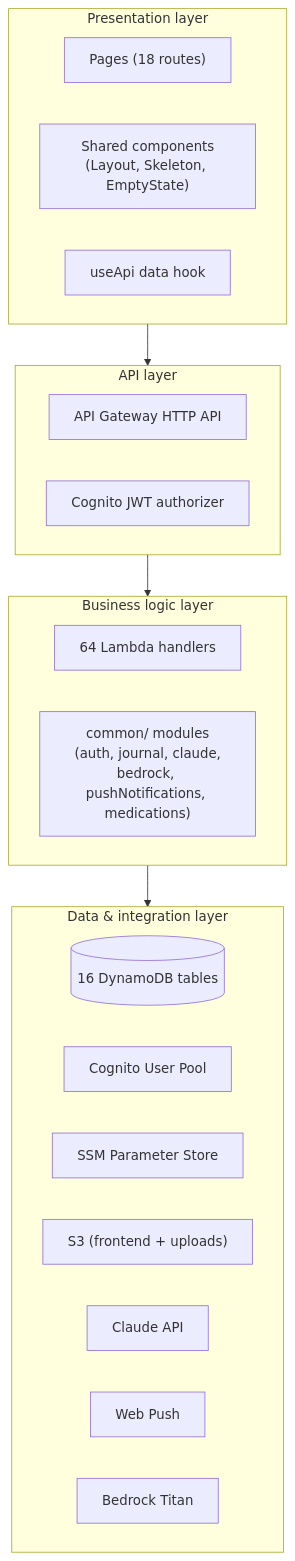
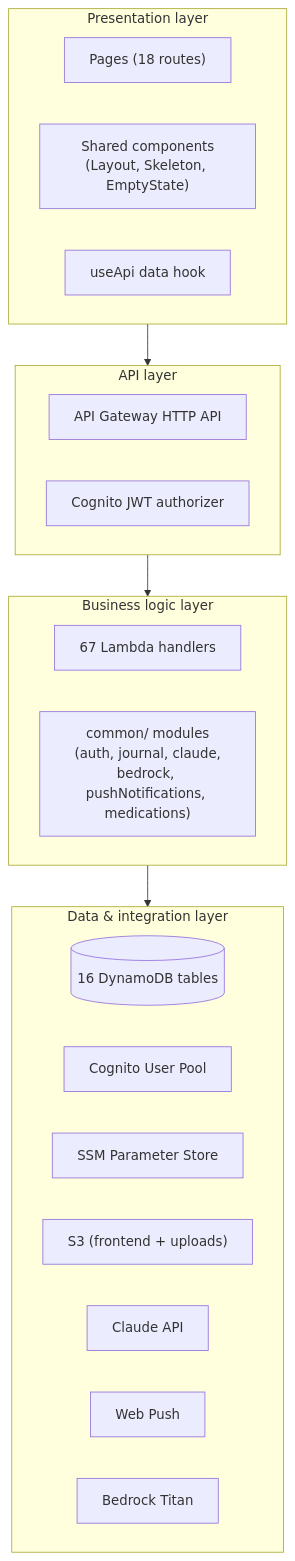
The second of 8 diagrams in docs/HLD_LLD.md (pragya0905/LifeOS), drawn with Mermaid before and after one commit. The commit also changed other lines of this file and 3 other files, not shown here.

````diff
--- a/docs/HLD_LLD.md
+++ b/docs/HLD_LLD.md
@@ -122,31 +122,31 @@
 ```mermaid
 flowchart TB
     subgraph L1["Presentation layer"]
       direction LR
       P1["Pages (18 routes)"]
       P2["Shared components<br/>(Layout, Skeleton, EmptyState)"]
       P3["useApi data hook"]
     end
     subgraph L2["API layer"]
       direction LR
       A1["API Gateway HTTP API"]
       A2["Cognito JWT authorizer"]
     end
     subgraph L3["Business logic layer"]
       direction LR
-      B1["64 Lambda handlers"]
+      B1["67 Lambda handlers"]
       B2["common/ modules<br/>(auth, journal, claude,<br/>bedrock, pushNotifications, medications)"]
     end
     subgraph L4["Data & integration layer"]
       direction LR
       D1[("16 DynamoDB tables")]
       D2["Cognito User Pool"]
       D3["SSM Parameter Store"]
       D4["S3 (frontend + uploads)"]
       D5["Claude API"]
       D6["Web Push"]
       D7["Bedrock Titan"]
     end
 
     L1 --> L2 --> L3 --> L4
 ```
````
